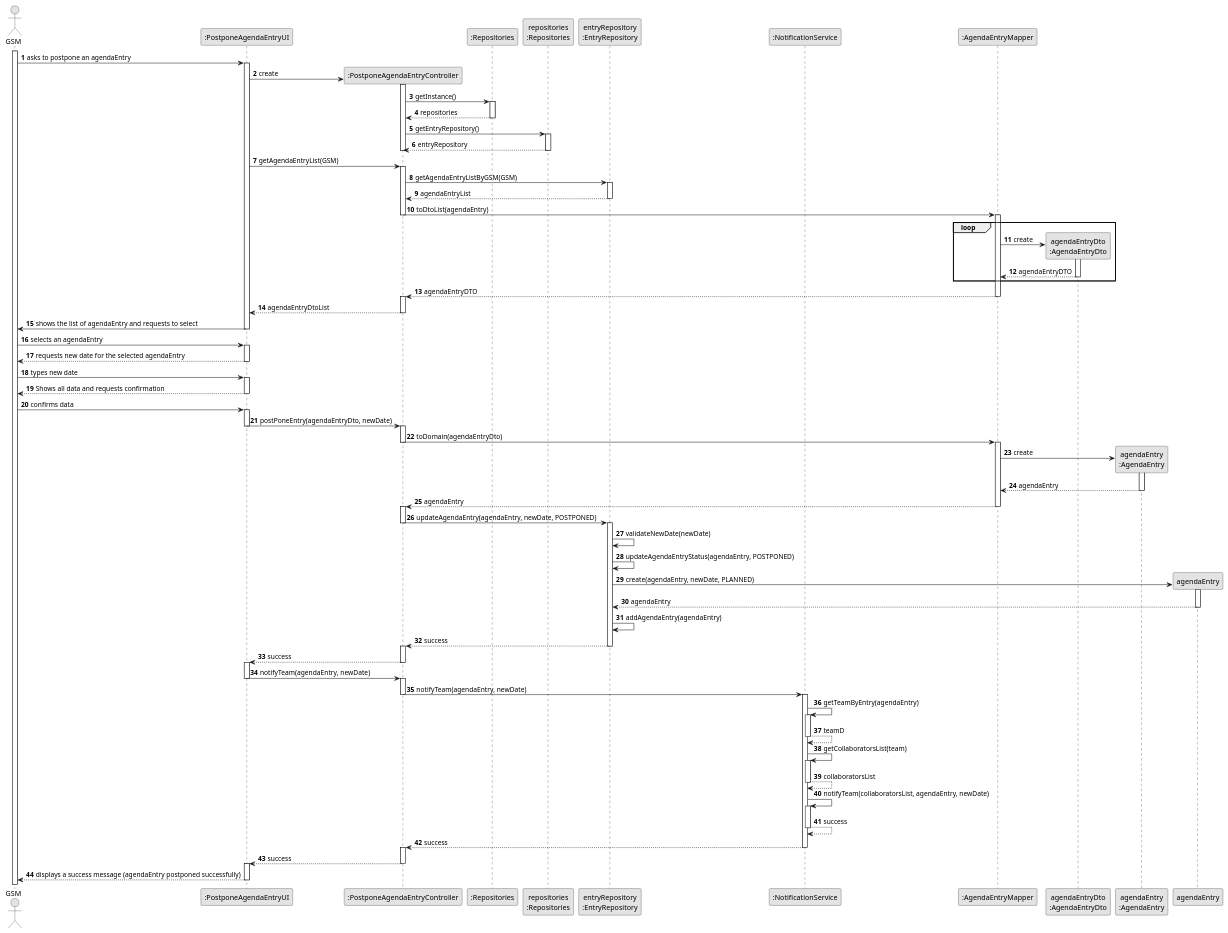
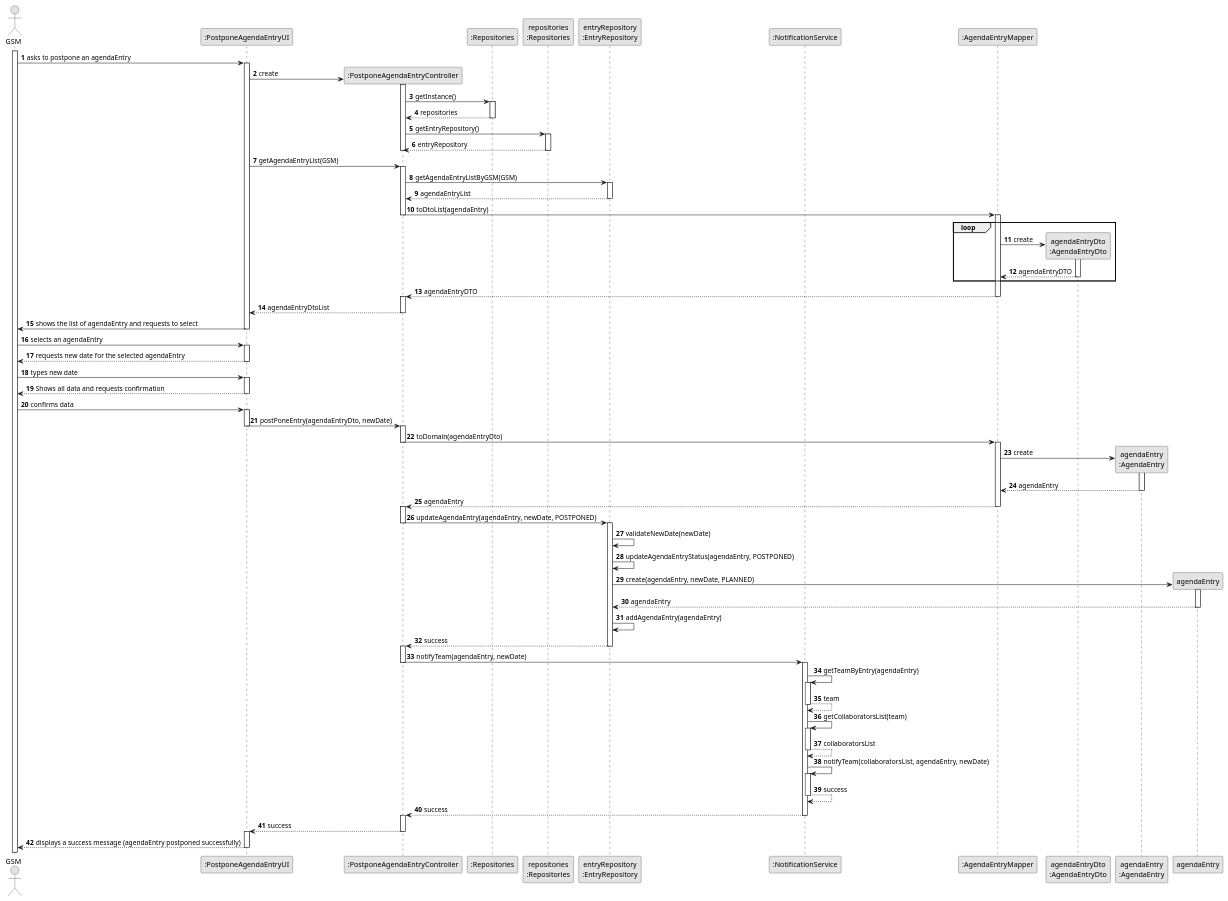
One commit to ricardomm7/leaflink changed the diagram in docs/sprintC/us024/03.design/puml/us024-sequence-diagram-full.puml. Above: the diagram before and after it, drawn with PlantUML. The commit also changed 6 other files, not shown here.

Commit message:
Correct US24 and US29 Sequence Diagram and Readme.md file

```diff
--- a/docs/sprintC/us024/03.design/puml/us024-sequence-diagram-full.puml
+++ b/docs/sprintC/us024/03.design/puml/us024-sequence-diagram-full.puml
@@ -1,170 +1,164 @@
 @startuml
 skinparam monochrome true
 skinparam packageStyle rectangle
 skinparam shadowing false
 
 autonumber
 
 actor "GSM" as GSM
 participant ":PostponeAgendaEntryUI" as UI
 participant ":PostponeAgendaEntryController" as CTRL
 participant ":Repositories" as RepositorySingleton
 participant "repositories\n:Repositories" as PLAT
 participant "entryRepository\n:EntryRepository" as EntryRepo
 participant ":NotificationService" as NotificationService
 participant ":AgendaEntryMapper" as AgendaEntryMapper
 participant "agendaEntryDto\n:AgendaEntryDto" as AgendaEntryDto
 participant "agendaEntry\n:AgendaEntry" as AgendaEntry
 
 
 
 activate GSM
 
     GSM -> UI : asks to postpone an agendaEntry
     activate UI
 
         UI -> CTRL **: create
         activate CTRL
 
             CTRL -> RepositorySingleton : getInstance()
             activate RepositorySingleton
 
                 RepositorySingleton --> CTRL : repositories
             deactivate RepositorySingleton
 
             CTRL -> PLAT : getEntryRepository()
             activate PLAT
 
                 PLAT --> CTRL : entryRepository
             deactivate PLAT
 
              deactivate CTRL
 
 
         UI -> CTRL: getAgendaEntryList(GSM)
 
         activate CTRL
 
             CTRL -> EntryRepo: getAgendaEntryListByGSM(GSM)
             activate EntryRepo
 
             EntryRepo --> CTRL: agendaEntryList
             deactivate EntryRepo
 
             CTRL -> AgendaEntryMapper : toDtoList(agendaEntry)
             deactivate CTRL
             activate AgendaEntryMapper
 
             loop
                 AgendaEntryMapper -> AgendaEntryDto** : create
                 activate AgendaEntryDto
 
                 AgendaEntryDto --> AgendaEntryMapper : agendaEntryDTO
                 deactivate AgendaEntryDto
             end
             AgendaEntryMapper --> CTRL : agendaEntryDTO
             deactivate AgendaEntryMapper
             activate CTRL
 
 
             CTRL --> UI : agendaEntryDtoList
         deactivate CTRL
 
         UI -> GSM : shows the list of agendaEntry and requests to select
     deactivate UI
 
     GSM -> UI : selects an agendaEntry
     activate UI
 
         UI --> GSM : requests new date for the selected agendaEntry
     deactivate UI
 
     GSM -> UI : types new date
     activate UI
 
     UI --> GSM : Shows all data and requests confirmation
     deactivate UI
 
     GSM -> UI: confirms data
     activate UI
 
         UI -> CTRL : postPoneEntry(agendaEntryDto, newDate)
         deactivate UI
         activate CTRL
 
             CTRL -> AgendaEntryMapper : toDomain(agendaEntryDto)
             deactivate CTRL
             activate AgendaEntryMapper
 
                 AgendaEntryMapper -> AgendaEntry** : create
                 activate AgendaEntry
 
                 AgendaEntry --> AgendaEntryMapper : agendaEntry
                 deactivate AgendaEntry
 
             AgendaEntryMapper --> CTRL : agendaEntry
             deactivate AgendaEntryMapper
             activate CTRL
 
             CTRL -> EntryRepo : updateAgendaEntry(agendaEntry, newDate, POSTPONED)
             deactivate CTRL
             activate EntryRepo
 
                 EntryRepo -> EntryRepo : validateNewDate(newDate)
                 EntryRepo -> EntryRepo : updateAgendaEntryStatus(agendaEntry, POSTPONED)
 
                 EntryRepo -> agendaEntry **: create(agendaEntry, newDate, PLANNED)
                 activate agendaEntry
 
                 agendaEntry--> EntryRepo: agendaEntry
                 deactivate agendaEntry
 
                 EntryRepo -> EntryRepo: addAgendaEntry(agendaEntry)
 
 
             EntryRepo --> CTRL : success
             deactivate EntryRepo
             activate CTRL
 
-           CTRL --> UI: success
-           deactivate CTRL
-           activate UI
 
-           UI-> CTRL: notifyTeam(agendaEntry, newDate)
-           deactivate UI
-           activate CTRL
 
             CTRL -> NotificationService : notifyTeam(agendaEntry, newDate)
             deactivate CTRL
             activate NotificationService
 
                 NotificationService -> NotificationService : getTeamByEntry(agendaEntry)
                 activate NotificationService
 
-                NotificationService --> NotificationService : teamD
+                NotificationService --> NotificationService : team
                 deactivate NotificationService
 
                 NotificationService -> NotificationService : getCollaboratorsList(team)
                 activate NotificationService
 
                 NotificationService --> NotificationService : collaboratorsList
                 deactivate NotificationService
 
                 NotificationService -> NotificationService : notifyTeam(collaboratorsList, agendaEntry, newDate)
                 activate NotificationService
 
                 NotificationService --> NotificationService : success
                 deactivate NotificationService
 
                 NotificationService --> CTRL : success
                 deactivate NotificationService
         activate CTRL
 
         CTRL --> UI : success
     deactivate CTRL
     activate UI
 
     UI --> GSM : displays a success message (agendaEntry postponed successfully)
 deactivate UI
 
 @enduml
```
